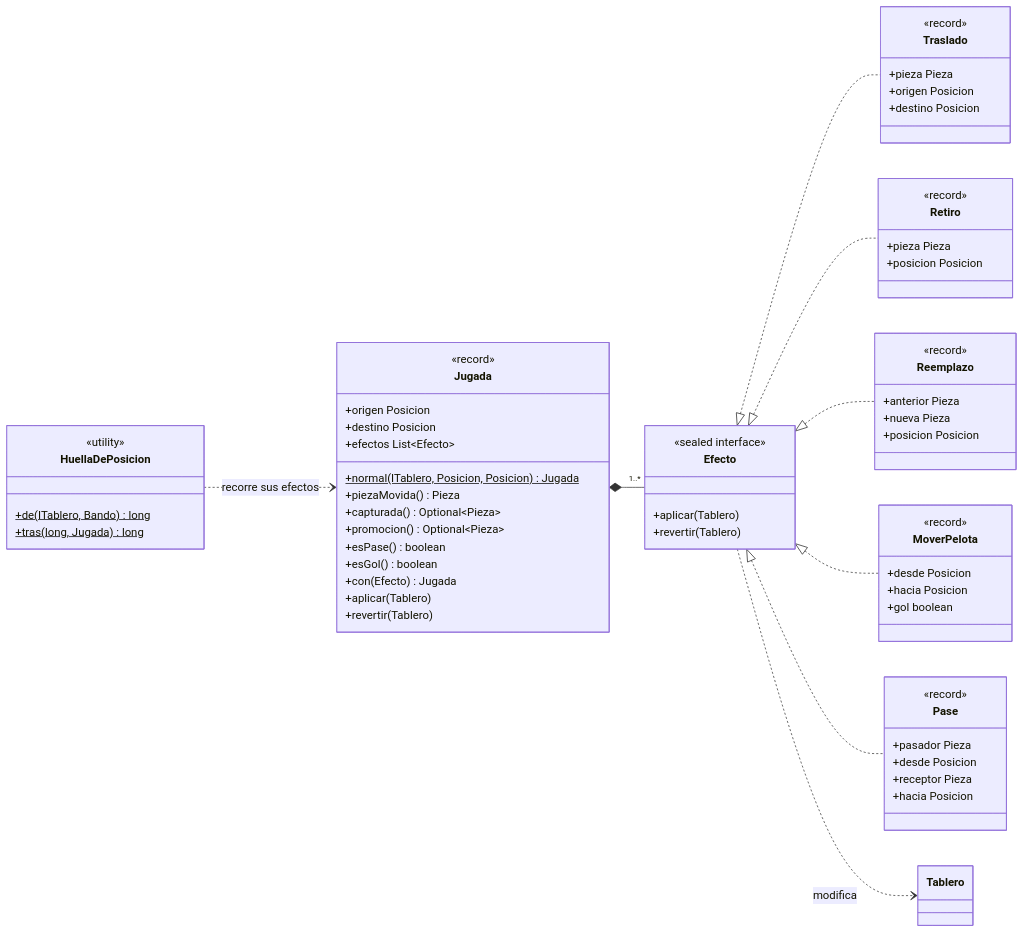
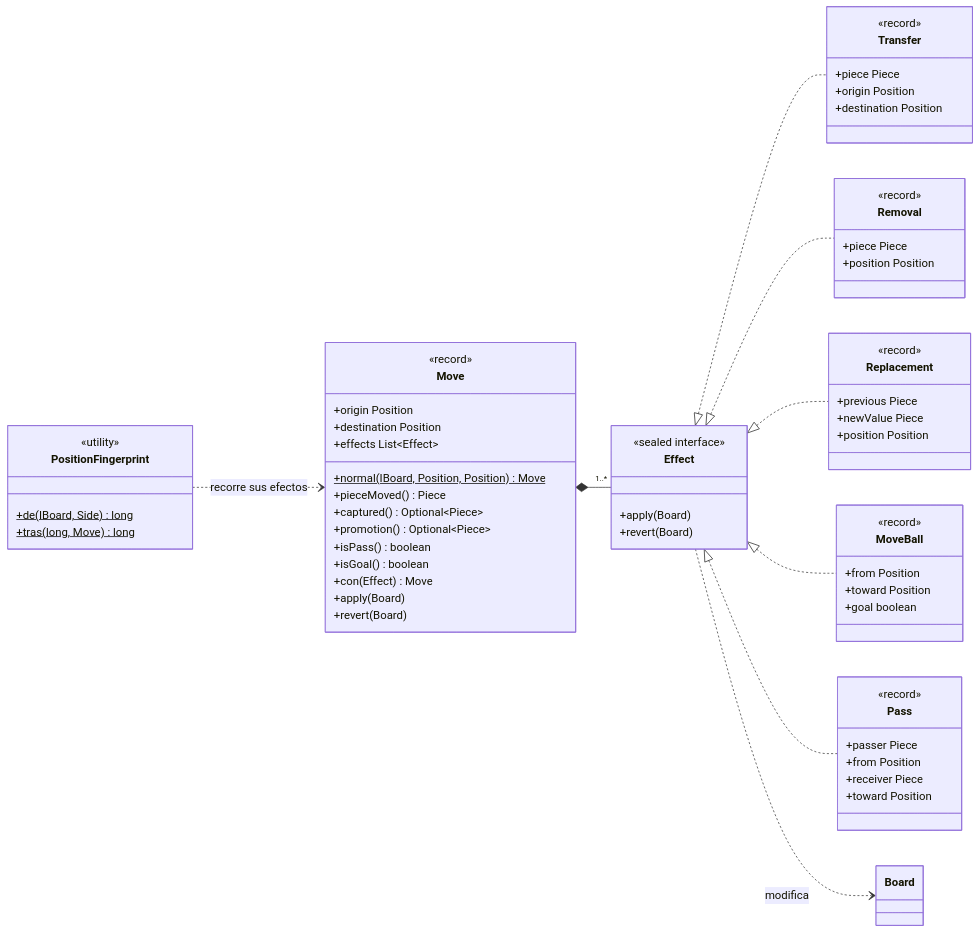
One commit to JoaquinIgnacioCampos/Chiquichess changed the diagram in docs/uml/03-jugadas.md. Above: the diagram before and after it, drawn with Mermaid. The commit also changed other lines of this file and 12 other files, not shown here.

First line of the commit message:
Actualiza el UML al código en inglés y suma las clases nuevas

````diff
--- a/docs/uml/03-jugadas.md
+++ b/docs/uml/03-jugadas.md
@@ -15,72 +15,72 @@
 ```mermaid
 classDiagram
     direction LR
 
-    class Jugada {
+    class Move {
         <<record>>
-        +origen Posicion
-        +destino Posicion
-        +efectos List~Efecto~
-        +normal(ITablero, Posicion, Posicion)$ Jugada
-        +piezaMovida() Pieza
-        +capturada() Optional~Pieza~
-        +promocion() Optional~Pieza~
-        +esPase() boolean
-        +esGol() boolean
-        +con(Efecto) Jugada
-        +aplicar(Tablero)
-        +revertir(Tablero)
+        +origin Position
+        +destination Position
+        +effects List~Effect~
+        +normal(IBoard, Position, Position)$ Move
+        +pieceMoved() Piece
+        +captured() Optional~Piece~
+        +promotion() Optional~Piece~
+        +isPass() boolean
+        +isGoal() boolean
+        +con(Effect) Move
+        +apply(Board)
+        +revert(Board)
     }
 
-    class Efecto {
+    class Effect {
         <<sealed interface>>
-        +aplicar(Tablero)
-        +revertir(Tablero)
+        +apply(Board)
+        +revert(Board)
     }
 
-    class Traslado {
+    class Transfer {
         <<record>>
-        +pieza Pieza
-        +origen Posicion
-        +destino Posicion
+        +piece Piece
+        +origin Position
+        +destination Position
     }
-    class Retiro {
+    class Removal {
         <<record>>
-        +pieza Pieza
-        +posicion Posicion
+        +piece Piece
+        +position Position
     }
-    class Reemplazo {
+    class Replacement {
         <<record>>
-        +anterior Pieza
-        +nueva Pieza
-        +posicion Posicion
+        +previous Piece
+        +newValue Piece
+        +position Position
     }
-    class MoverPelota {
+    class MoveBall {
         <<record>>
-        +desde Posicion
-        +hacia Posicion
-        +gol boolean
+        +from Position
+        +toward Position
+        +goal boolean
     }
-    class Pase {
+    class Pass {
         <<record>>
-        +pasador Pieza
-        +desde Posicion
-        +receptor Pieza
-        +hacia Posicion
+        +passer Piece
+        +from Position
+        +receiver Piece
+        +toward Position
     }
 
-    class HuellaDePosicion {
+    class PositionFingerprint {
         <<utility>>
-        +de(ITablero, Bando)$ long
-        +tras(long, Jugada)$ long
+        +de(IBoard, Side)$ long
+        +tras(long, Move)$ long
     }
 
-    Jugada *-- "1..*" Efecto
-    Efecto <|.. Traslado
-    Efecto <|.. Retiro
-    Efecto <|.. Reemplazo
-    Efecto <|.. MoverPelota
-    Efecto <|.. Pase
-    Efecto ..> Tablero : modifica
-    HuellaDePosicion ..> Jugada : recorre sus efectos
+    Move *-- "1..*" Effect
+    Effect <|.. Transfer
+    Effect <|.. Removal
+    Effect <|.. Replacement
+    Effect <|.. MoveBall
+    Effect <|.. Pass
+    Effect ..> Board : modifica
+    PositionFingerprint ..> Move : recorre sus efectos
 ```
````
